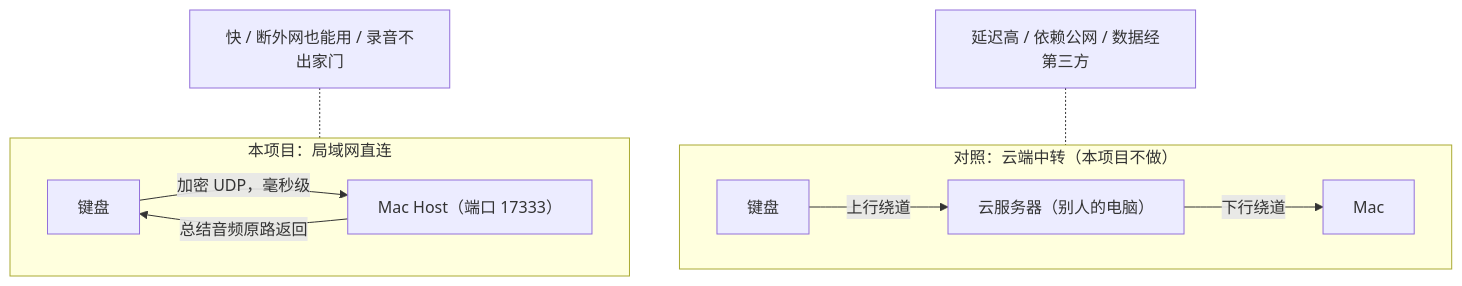
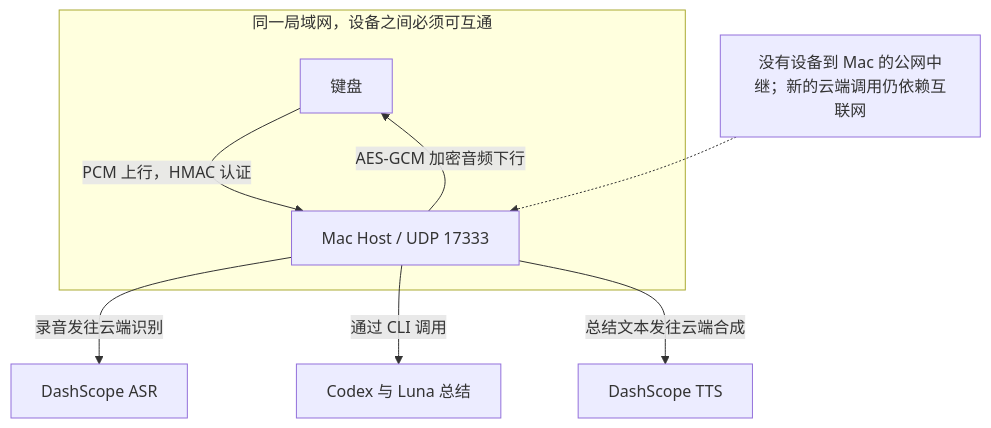
Before and after one commit to Larkspur-Wang/Codex_Keyboard: the diagram in projects/feishu_tutorial_20260817/boards/wb02_局域网对比.mmd, drawn with Mermaid. The commit also changed 87 other files, not shown here.

```diff
--- a/projects/feishu_tutorial_20260817/boards/wb02_局域网对比.mmd
+++ b/projects/feishu_tutorial_20260817/boards/wb02_局域网对比.mmd
@@ -1,11 +1,9 @@
 flowchart TD
-    subgraph A["本项目：局域网直连"]
-        K1["键盘"] -->|"加密 UDP，毫秒级"| M1["Mac Host（端口 17333）"]
-        M1 -->|"总结音频原路返回"| K1
+    subgraph LAN["同一局域网，设备之间必须可互通"]
+        K["键盘"] -->|"PCM 上行，HMAC 认证"| M["Mac Host / UDP 17333"]
+        M -->|"AES-GCM 加密音频下行"| K
     end
-    subgraph B["对照：云端中转（本项目不做）"]
-        K2["键盘"] -->|上行绕道| S["云服务器（别人的电脑）"]
-        S -->|下行绕道| M2["Mac"]
-    end
-    N1["快 / 断外网也能用 / 录音不出家门"] -.- A
-    N2["延迟高 / 依赖公网 / 数据经第三方"] -.- B
+    M -->|"录音发往云端识别"| A["DashScope ASR"]
+    M -->|"通过 CLI 调用"| C["Codex 与 Luna 总结"]
+    M -->|"总结文本发往云端合成"| T["DashScope TTS"]
+    N["没有设备到 Mac 的公网中继；新的云端调用仍依赖互联网"] -.-> M
```
